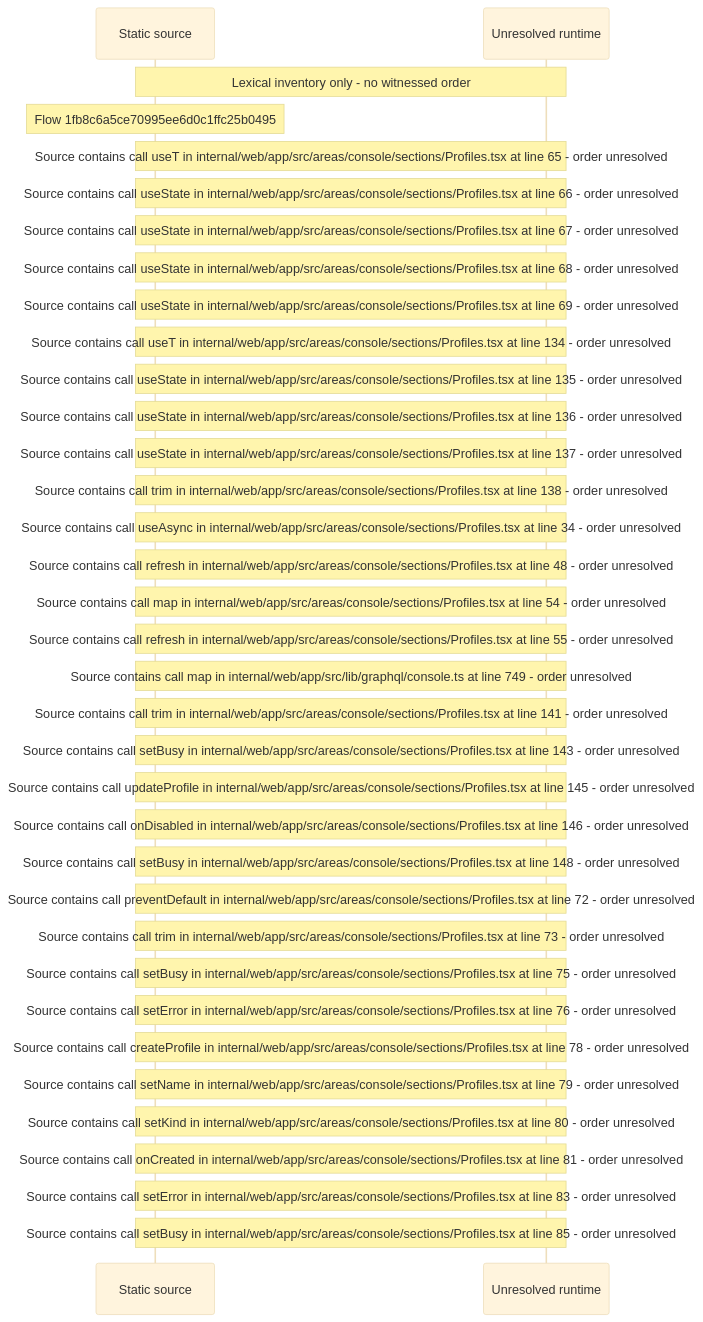
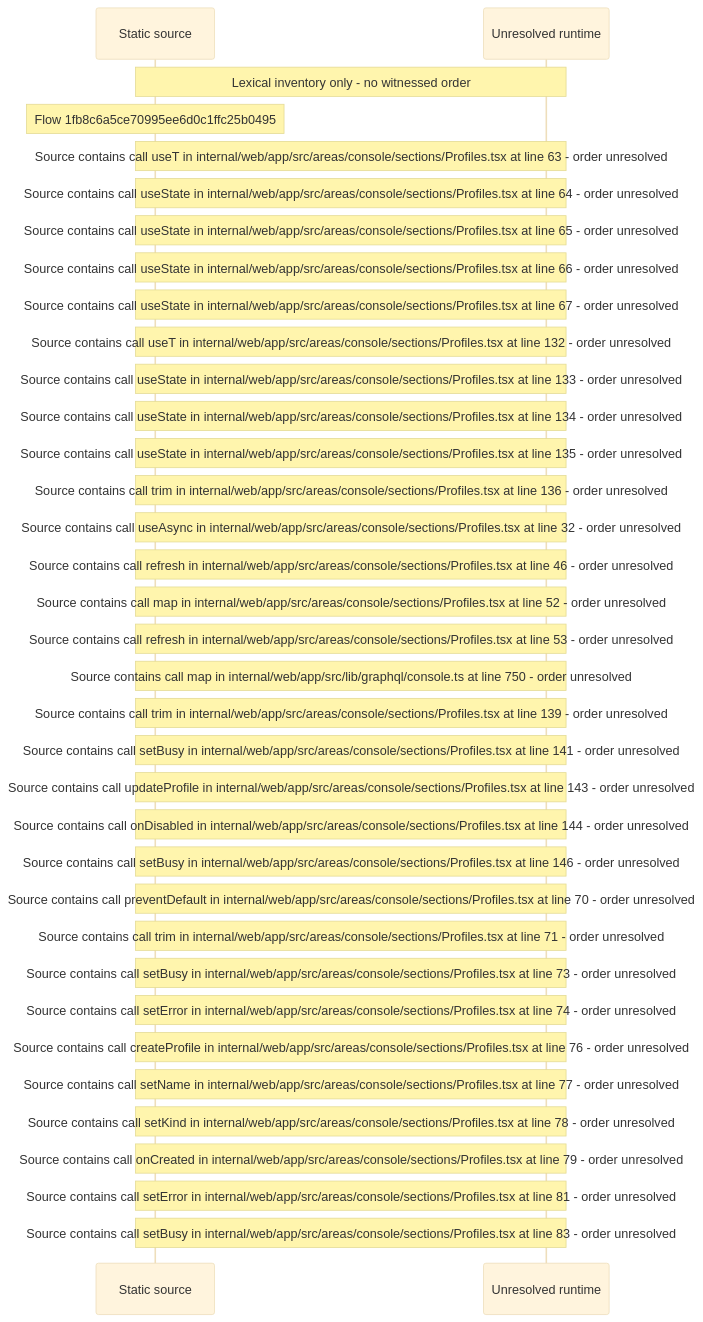
The diagram in docs/web/flows/generated/1fb8c6a5ce70995ee6d0c1ffc25b0495/flow-diagram.md (beamfall/core), drawn with Mermaid (base theme) before and after one commit. The commit also changed other lines of this file and 715 other files, not shown here.

First line of the commit message:
Regenerate the web flow record on main after CORE-1117

````diff
--- a/docs/web/flows/generated/1fb8c6a5ce70995ee6d0c1ffc25b0495/flow-diagram.md
+++ b/docs/web/flows/generated/1fb8c6a5ce70995ee6d0c1ffc25b0495/flow-diagram.md
@@ -10,37 +10,37 @@
 ```mermaid
 sequenceDiagram
     participant S as Static source
     participant U as Unresolved runtime
     Note over S,U: Lexical inventory only - no witnessed order
     Note over S: Flow 1fb8c6a5ce70995ee6d0c1ffc25b0495
-    Note over S,U: Source contains call useT in internal/web/app/src/areas/console/sections/Profiles.tsx at line 65 - order unresolved
+    Note over S,U: Source contains call useT in internal/web/app/src/areas/console/sections/Profiles.tsx at line 63 - order unresolved
+    Note over S,U: Source contains call useState in internal/web/app/src/areas/console/sections/Profiles.tsx at line 64 - order unresolved
+    Note over S,U: Source contains call useState in internal/web/app/src/areas/console/sections/Profiles.tsx at line 65 - order unresolved
     Note over S,U: Source contains call useState in internal/web/app/src/areas/console/sections/Profiles.tsx at line 66 - order unresolved
     Note over S,U: Source contains call useState in internal/web/app/src/areas/console/sections/Profiles.tsx at line 67 - order unresolved
-    Note over S,U: Source contains call useState in internal/web/app/src/areas/console/sections/Profiles.tsx at line 68 - order unresolved
-    Note over S,U: Source contains call useState in internal/web/app/src/areas/console/sections/Profiles.tsx at line 69 - order unresolved
-    Note over S,U: Source contains call useT in internal/web/app/src/areas/console/sections/Profiles.tsx at line 134 - order unresolved
+    Note over S,U: Source contains call useT in internal/web/app/src/areas/console/sections/Profiles.tsx at line 132 - order unresolved
+    Note over S,U: Source contains call useState in internal/web/app/src/areas/console/sections/Profiles.tsx at line 133 - order unresolved
+    Note over S,U: Source contains call useState in internal/web/app/src/areas/console/sections/Profiles.tsx at line 134 - order unresolved
     Note over S,U: Source contains call useState in internal/web/app/src/areas/console/sections/Profiles.tsx at line 135 - order unresolved
-    Note over S,U: Source contains call useState in internal/web/app/src/areas/console/sections/Profiles.tsx at line 136 - order unresolved
-    Note over S,U: Source contains call useState in internal/web/app/src/areas/console/sections/Profiles.tsx at line 137 - order unresolved
-    Note over S,U: Source contains call trim in internal/web/app/src/areas/console/sections/Profiles.tsx at line 138 - order unresolved
-    Note over S,U: Source contains call useAsync in internal/web/app/src/areas/console/sections/Profiles.tsx at line 34 - order unresolved
-    Note over S,U: Source contains call refresh in internal/web/app/src/areas/console/sections/Profiles.tsx at line 48 - order unresolved
-    Note over S,U: Source contains call map in internal/web/app/src/areas/console/sections/Profiles.tsx at line 54 - order unresolved
-    Note over S,U: Source contains call refresh in internal/web/app/src/areas/console/sections/Profiles.tsx at line 55 - order unresolved
-    Note over S,U: Source contains call map in internal/web/app/src/lib/graphql/console.ts at line 749 - order unresolved
-    Note over S,U: Source contains call trim in internal/web/app/src/areas/console/sections/Profiles.tsx at line 141 - order unresolved
-    Note over S,U: Source contains call setBusy in internal/web/app/src/areas/console/sections/Profiles.tsx at line 143 - order unresolved
-    Note over S,U: Source contains call updateProfile in internal/web/app/src/areas/console/sections/Profiles.tsx at line 145 - order unresolved
-    Note over S,U: Source contains call onDisabled in internal/web/app/src/areas/console/sections/Profiles.tsx at line 146 - order unresolved
-    Note over S,U: Source contains call setBusy in internal/web/app/src/areas/console/sections/Profiles.tsx at line 148 - order unresolved
-    Note over S,U: Source contains call preventDefault in internal/web/app/src/areas/console/sections/Profiles.tsx at line 72 - order unresolved
-    Note over S,U: Source contains call trim in internal/web/app/src/areas/console/sections/Profiles.tsx at line 73 - order unresolved
-    Note over S,U: Source contains call setBusy in internal/web/app/src/areas/console/sections/Profiles.tsx at line 75 - order unresolved
-    Note over S,U: Source contains call setError in internal/web/app/src/areas/console/sections/Profiles.tsx at line 76 - order unresolved
-    Note over S,U: Source contains call createProfile in internal/web/app/src/areas/console/sections/Profiles.tsx at line 78 - order unresolved
-    Note over S,U: Source contains call setName in internal/web/app/src/areas/console/sections/Profiles.tsx at line 79 - order unresolved
-    Note over S,U: Source contains call setKind in internal/web/app/src/areas/console/sections/Profiles.tsx at line 80 - order unresolved
-    Note over S,U: Source contains call onCreated in internal/web/app/src/areas/console/sections/Profiles.tsx at line 81 - order unresolved
-    Note over S,U: Source contains call setError in internal/web/app/src/areas/console/sections/Profiles.tsx at line 83 - order unresolved
-    Note over S,U: Source contains call setBusy in internal/web/app/src/areas/console/sections/Profiles.tsx at line 85 - order unresolved
+    Note over S,U: Source contains call trim in internal/web/app/src/areas/console/sections/Profiles.tsx at line 136 - order unresolved
+    Note over S,U: Source contains call useAsync in internal/web/app/src/areas/console/sections/Profiles.tsx at line 32 - order unresolved
+    Note over S,U: Source contains call refresh in internal/web/app/src/areas/console/sections/Profiles.tsx at line 46 - order unresolved
+    Note over S,U: Source contains call map in internal/web/app/src/areas/console/sections/Profiles.tsx at line 52 - order unresolved
+    Note over S,U: Source contains call refresh in internal/web/app/src/areas/console/sections/Profiles.tsx at line 53 - order unresolved
+    Note over S,U: Source contains call map in internal/web/app/src/lib/graphql/console.ts at line 750 - order unresolved
+    Note over S,U: Source contains call trim in internal/web/app/src/areas/console/sections/Profiles.tsx at line 139 - order unresolved
+    Note over S,U: Source contains call setBusy in internal/web/app/src/areas/console/sections/Profiles.tsx at line 141 - order unresolved
+    Note over S,U: Source contains call updateProfile in internal/web/app/src/areas/console/sections/Profiles.tsx at line 143 - order unresolved
+    Note over S,U: Source contains call onDisabled in internal/web/app/src/areas/console/sections/Profiles.tsx at line 144 - order unresolved
+    Note over S,U: Source contains call setBusy in internal/web/app/src/areas/console/sections/Profiles.tsx at line 146 - order unresolved
+    Note over S,U: Source contains call preventDefault in internal/web/app/src/areas/console/sections/Profiles.tsx at line 70 - order unresolved
+    Note over S,U: Source contains call trim in internal/web/app/src/areas/console/sections/Profiles.tsx at line 71 - order unresolved
+    Note over S,U: Source contains call setBusy in internal/web/app/src/areas/console/sections/Profiles.tsx at line 73 - order unresolved
+    Note over S,U: Source contains call setError in internal/web/app/src/areas/console/sections/Profiles.tsx at line 74 - order unresolved
+    Note over S,U: Source contains call createProfile in internal/web/app/src/areas/console/sections/Profiles.tsx at line 76 - order unresolved
+    Note over S,U: Source contains call setName in internal/web/app/src/areas/console/sections/Profiles.tsx at line 77 - order unresolved
+    Note over S,U: Source contains call setKind in internal/web/app/src/areas/console/sections/Profiles.tsx at line 78 - order unresolved
+    Note over S,U: Source contains call onCreated in internal/web/app/src/areas/console/sections/Profiles.tsx at line 79 - order unresolved
+    Note over S,U: Source contains call setError in internal/web/app/src/areas/console/sections/Profiles.tsx at line 81 - order unresolved
+    Note over S,U: Source contains call setBusy in internal/web/app/src/areas/console/sections/Profiles.tsx at line 83 - order unresolved
 ```
````
